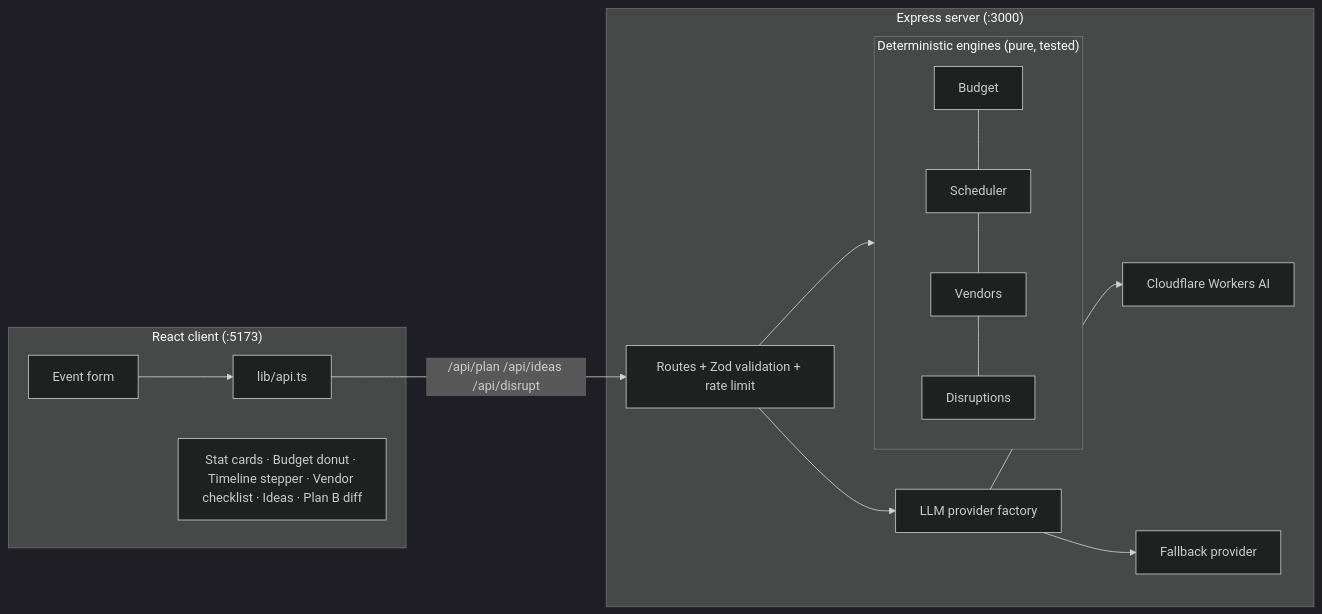
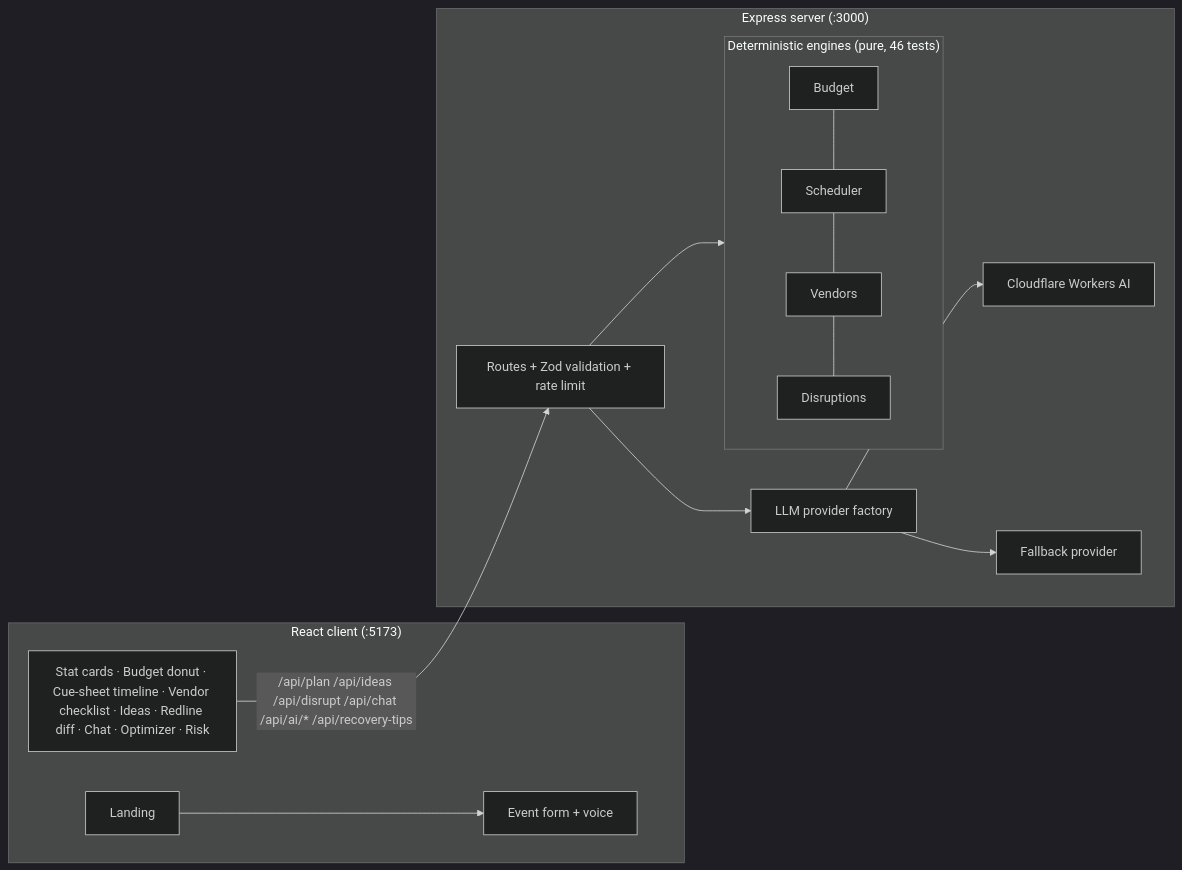
The diagram in README.md (Puneet04-tech/Plan-B), drawn with Mermaid (dark theme) before and after one commit. The commit also changed other lines of this file, not shown here.

First line of the commit message:
docs: comprehensive README - all AI + core features, API table, security section

````diff
--- a/README.md
+++ b/README.md
@@ -23,17 +50,17 @@
 ```mermaid
 flowchart LR
   subgraph client["React client (:5173)"]
-    form[Event form] --> api[lib/api.ts]
-    ui[Stat cards · Budget donut · Timeline stepper · Vendor checklist · Ideas · Plan B diff]
+    landing[Landing] --> form[Event form + voice]
+    ui[Stat cards · Budget donut · Cue-sheet timeline · Vendor checklist · Ideas · Redline diff · Chat · Optimizer · Risk]
   end
   subgraph server["Express server (:3000)"]
     routes[Routes + Zod validation + rate limit] --> engines
-    subgraph engines["Deterministic engines (pure, tested)"]
+    subgraph engines["Deterministic engines (pure, 46 tests)"]
       budget[Budget] --- sched[Scheduler] --- vend[Vendors] --- disr[Disruptions]
     end
     routes --> llm[LLM provider factory]
     llm --> cf[Cloudflare Workers AI]
     llm --> fb[Fallback provider]
   end
-  api -->|/api/plan /api/ideas /api/disrupt| routes
+  ui -->|/api/plan /api/ideas /api/disrupt /api/chat /api/ai/* /api/recovery-tips| routes
 ```
````
